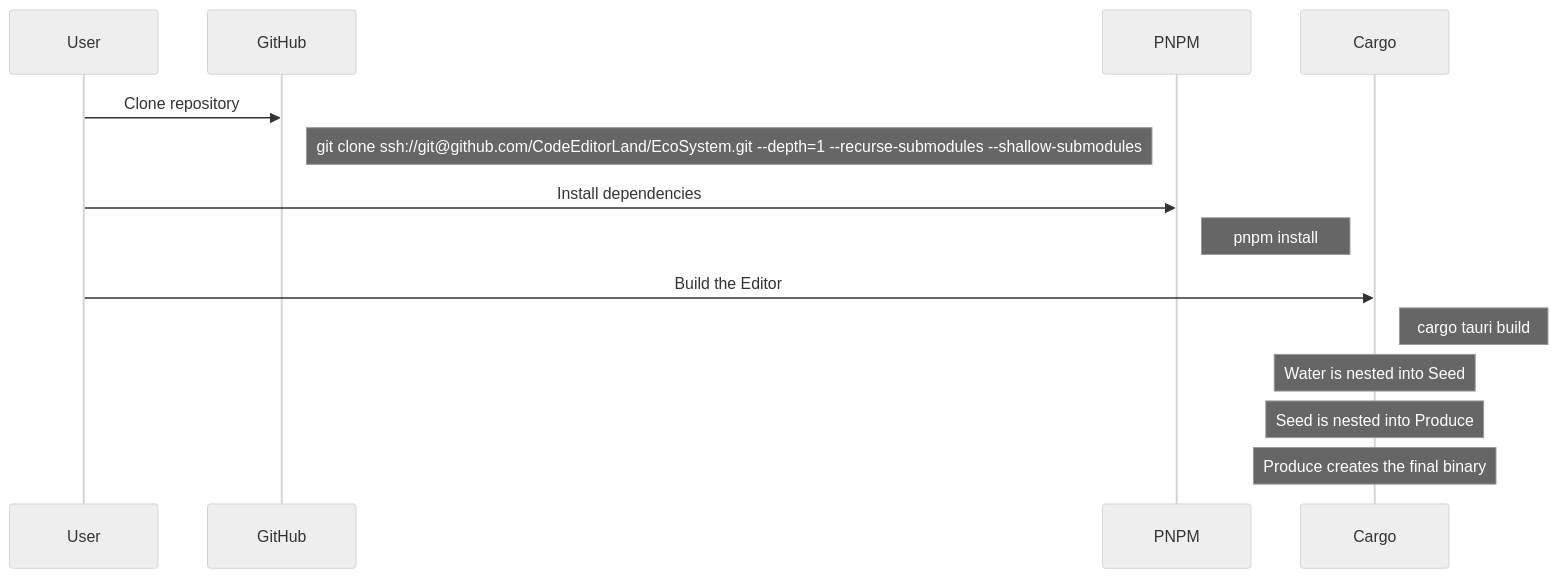
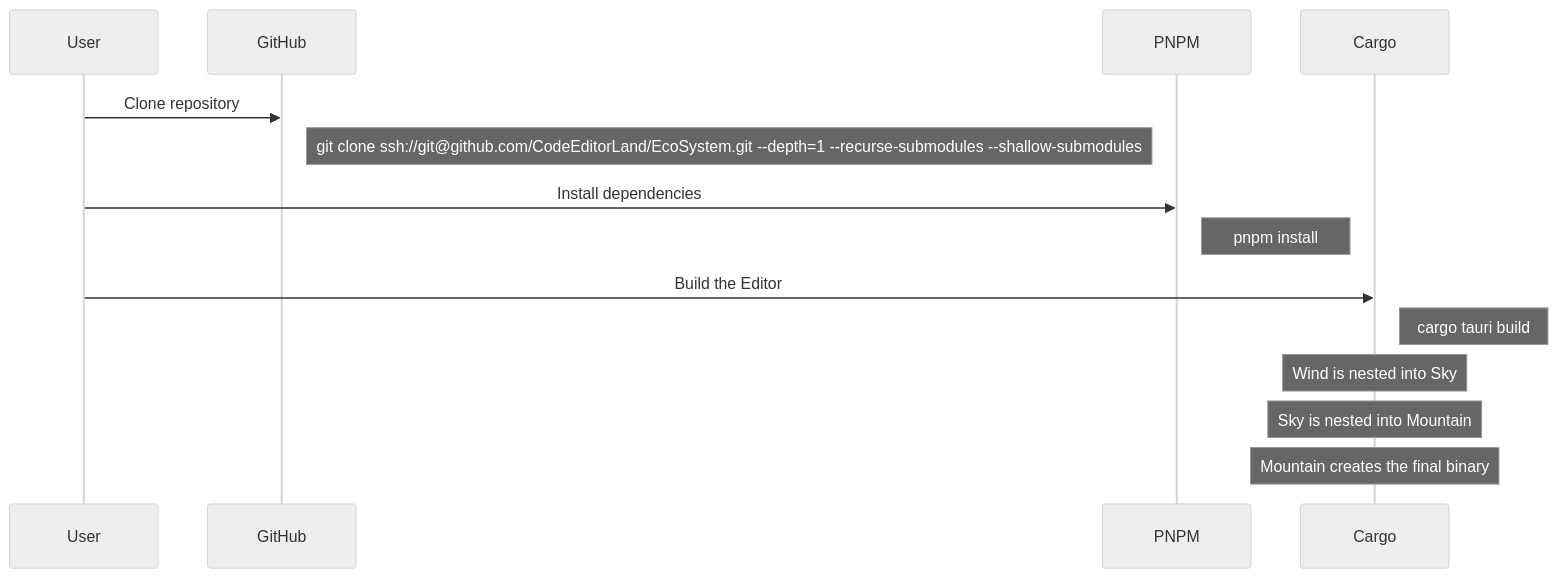
Before and after one commit to CodeEditorLand/Land: the second of 2 diagrams in README.md, drawn with Mermaid (neutral theme). The commit also changed other lines of this file and 1 other file, not shown here.

````diff
--- a/README.md
+++ b/README.md
@@ -88,20 +88,20 @@
 ```mermaid
 sequenceDiagram
     participant User
     participant GitHub
     participant PNPM
     participant Cargo
 
     User->>GitHub: Clone repository
     Note right of GitHub: git clone ssh://git@github.com/CodeEditorLand/EcoSystem.git --depth=1 --recurse-submodules --shallow-submodules
 
     User->>PNPM: Install dependencies
     Note right of PNPM: pnpm install
 
     User->>Cargo: Build the Editor
     Note right of Cargo: cargo tauri build
 
-    Note over Cargo: Water is nested into Seed
-    Note over Cargo: Seed is nested into Produce
-    Note over Cargo: Produce creates the final binary
+    Note over Cargo: Wind is nested into Sky
+    Note over Cargo: Sky is nested into Mountain
+    Note over Cargo: Mountain creates the final binary
 ```
````
